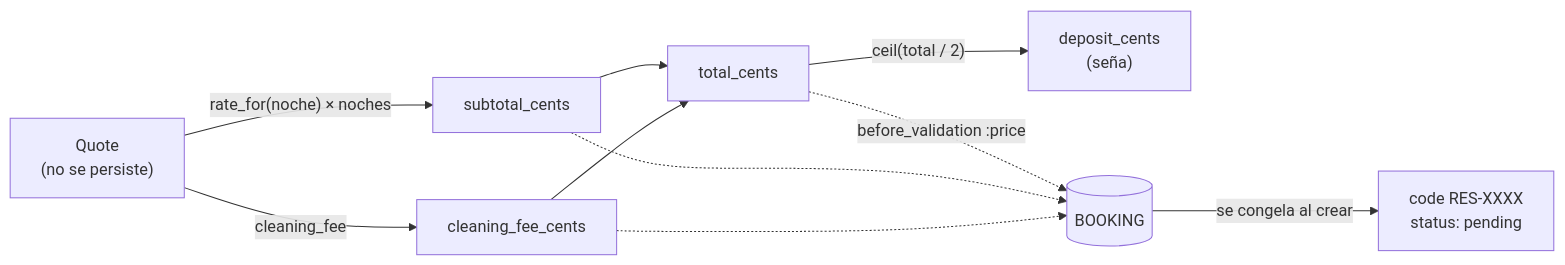
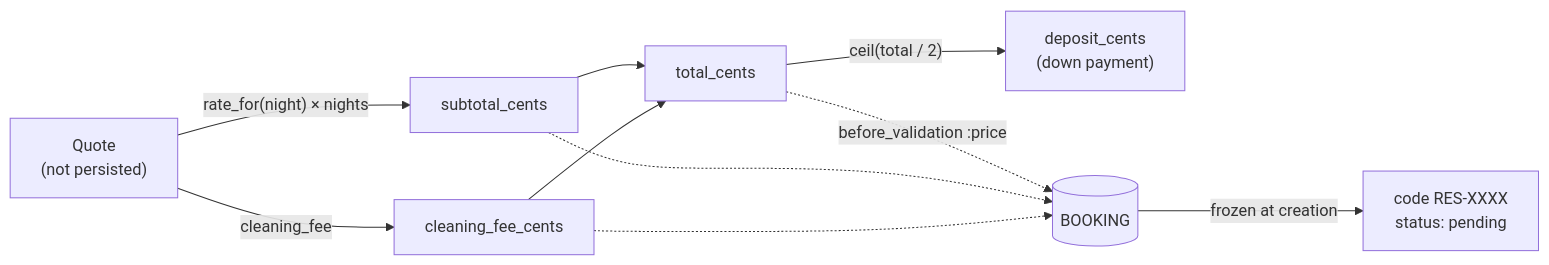
Before and after one commit to noguerajulioces/encarstay: the third of 3 diagrams in docs/DATABASE.md, drawn with Mermaid. The commit also changed other lines of this file and 3 other files, not shown here.

````diff
--- a/docs/DATABASE.md
+++ b/docs/DATABASE.md
@@ -154,14 +155,14 @@
 ```mermaid
 flowchart LR
-    Q["Quote<br/>(no se persiste)"]
-    Q -->|"rate_for(noche) × noches"| SUB[subtotal_cents]
+    Q["Quote<br/>(not persisted)"]
+    Q -->|"rate_for(night) × nights"| SUB[subtotal_cents]
     Q -->|cleaning_fee| CLE[cleaning_fee_cents]
     SUB --> TOT[total_cents]
     CLE --> TOT
-    TOT -->|"ceil(total / 2)"| DEP["deposit_cents<br/>(seña)"]
+    TOT -->|"ceil(total / 2)"| DEP["deposit_cents<br/>(down payment)"]
 
     TOT -.->|"before_validation :price"| BK[(BOOKING)]
     SUB -.-> BK
     CLE -.-> BK
-    BK -->|se congela al crear| DONE["code RES-XXXX<br/>status: pending"]
+    BK -->|frozen at creation| DONE["code RES-XXXX<br/>status: pending"]
 ```
````
